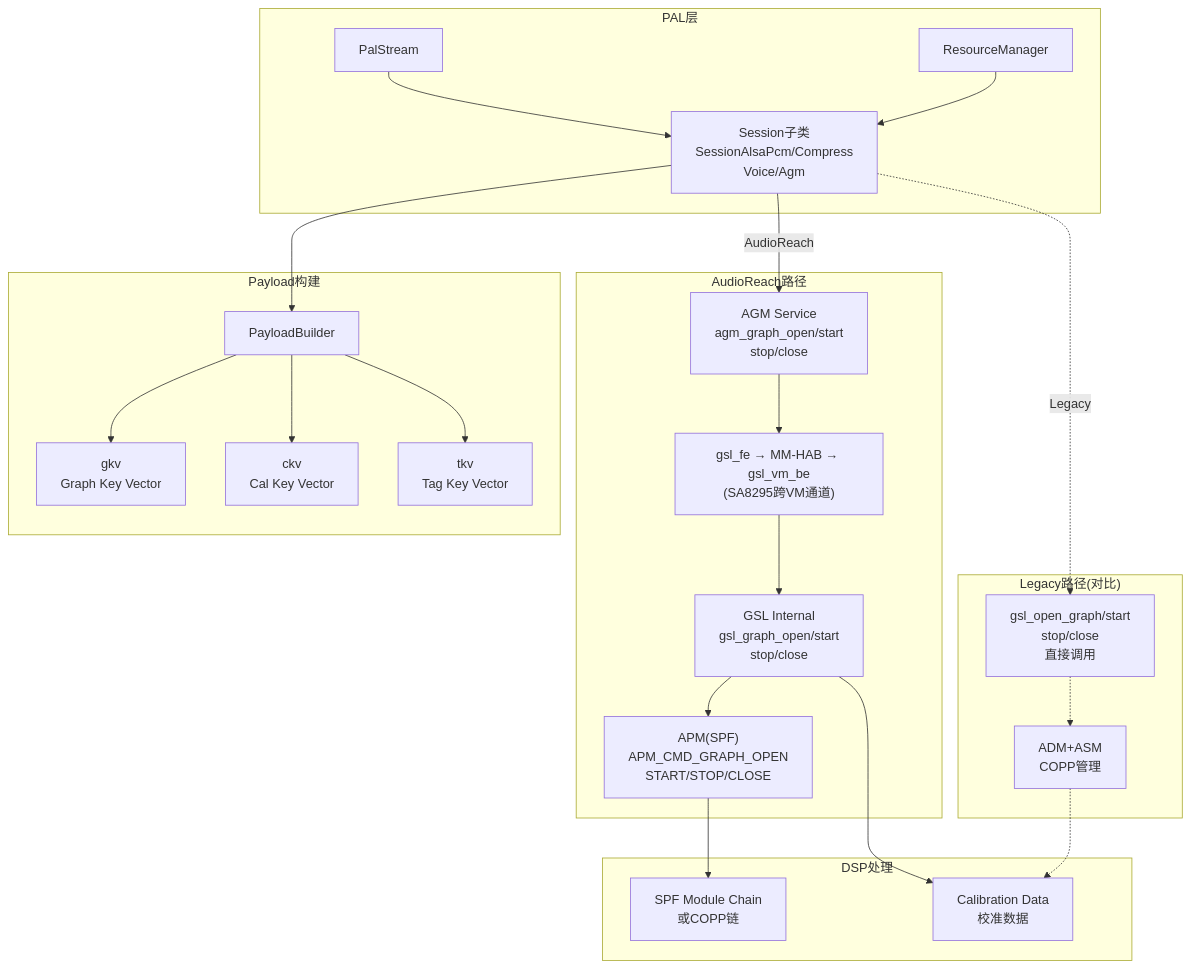
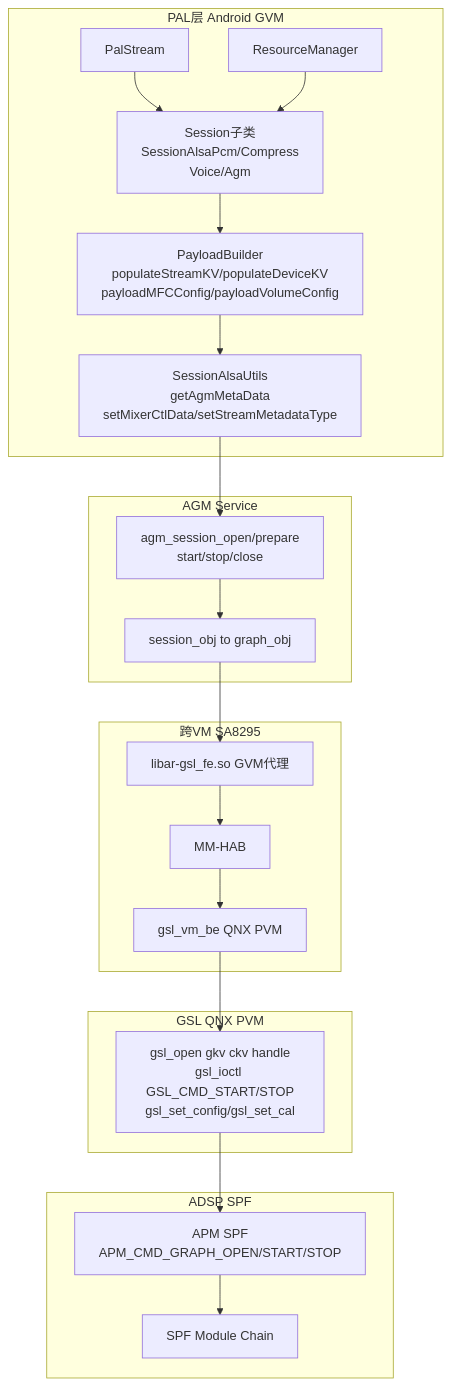
Before and after one commit to yanglinzhen1022/SA8295_AAOS_QNX_Audio_KnowledgeBase: the diagram in 16_Vendor_QNX_Architecture/16_16.11_SessionGsl与GSL接口.md, drawn with Mermaid. The commit also changed other lines of this file and 48 other files, not shown here.

````diff
--- a/16_Vendor_QNX_Architecture/16_16.11_SessionGsl与GSL接口.md
+++ b/16_Vendor_QNX_Architecture/16_16.11_SessionGsl与GSL接口.md
@@ -15,51 +37,43 @@
 ```mermaid
 graph TB
-    subgraph PAL["PAL层"]
+    subgraph PAL["PAL层 Android GVM"]
         STREAM[PalStream]
         RM[ResourceManager]
-        SESSION_GSL["Session子类<br/>SessionAlsaPcm/Compress<br/>Voice/Agm"]
+        SESSION["Session子类<br/>SessionAlsaPcm/Compress<br/>Voice/Agm"]
+        PB["PayloadBuilder<br/>populateStreamKV/populateDeviceKV<br/>payloadMFCConfig/payloadVolumeConfig"]
+        UTILS["SessionAlsaUtils<br/>getAgmMetaData<br/>setMixerCtlData/setStreamMetadataType"]
     end
 
-    subgraph AR_Path["AudioReach路径"]
-        AGM_SVC["AGM Service<br/>agm_graph_open/start<br/>stop/close"]
-        VM_CH["gsl_fe → MM-HAB → gsl_vm_be<br/>(SA8295跨VM通道)"]
-        GSL_INTF["GSL Internal<br/>gsl_graph_open/start<br/>stop/close"]
-        APM_SPF["APM(SPF)<br/>APM_CMD_GRAPH_OPEN<br/>START/STOP/CLOSE"]
+    subgraph AGM_Layer["AGM Service"]
+        AGM_SVC["agm_session_open/prepare<br/>start/stop/close"]
+        SESSOBJ["session_obj to graph_obj"]
     end
 
-    subgraph Legacy_Path["Legacy路径(对比)"]
-        GSL_API["gsl_open_graph/start<br/>stop/close<br/>直接调用"]
-        ADM_ASM["ADM+ASM<br/>COPP管理"]
+    subgraph VMCH["跨VM SA8295"]
+        FE["libar-gsl_fe.so GVM代理"]
+        HAB["MM-HAB"]
+        BE["gsl_vm_be QNX PVM"]
     end
 
-    subgraph DSP_Modules["DSP处理"]
-        MODULE_CHAIN["SPF Module Chain<br/>或COPP链"]
-        CAL_DATA["Calibration Data<br/>校准数据"]
+    subgraph GSL_Layer["GSL QNX PVM"]
+        GSL_API["gsl_open gkv ckv handle<br/>gsl_ioctl GSL_CMD_START/STOP<br/>gsl_set_config/gsl_set_cal"]
     end
 
-    subgraph Payload["Payload构建"]
-        PB[PayloadBuilder]
-        GKV["gkv<br/>Graph Key Vector"]
-        CKV["ckv<br/>Cal Key Vector"]
-        TKV["tkv<br/>Tag Key Vector"]
+    subgraph DSP["ADSP SPF"]
+        APM["APM SPF<br/>APM_CMD_GRAPH_OPEN/START/STOP"]
+        MODULE["SPF Module Chain"]
     end
 
-    STREAM --> SESSION_GSL
-    RM --> SESSION_GSL
-    SESSION_GSL --> PB
-    PB --> GKV
-    PB --> CKV
-    PB --> TKV
-
-    SESSION_GSL -->|"AudioReach"| AGM_SVC
-    AGM_SVC --> VM_CH
-    VM_CH --> GSL_INTF
-    GSL_INTF --> APM_SPF
-
-    SESSION_GSL -.->|"Legacy"| GSL_API
-    GSL_API -.-> ADM_ASM
-
-    APM_SPF --> MODULE_CHAIN
-    ADM_ASM -.-> CAL_DATA
-    GSL_INTF --> CAL_DATA
+    STREAM --> SESSION
+    RM --> SESSION
+    SESSION --> PB
+    PB --> UTILS
+    UTILS --> AGM_SVC
+    AGM_SVC --> SESSOBJ
+    SESSOBJ --> FE
+    FE --> HAB
+    HAB --> BE
+    BE --> GSL_API
+    GSL_API --> APM
+    APM --> MODULE
 ```
````
